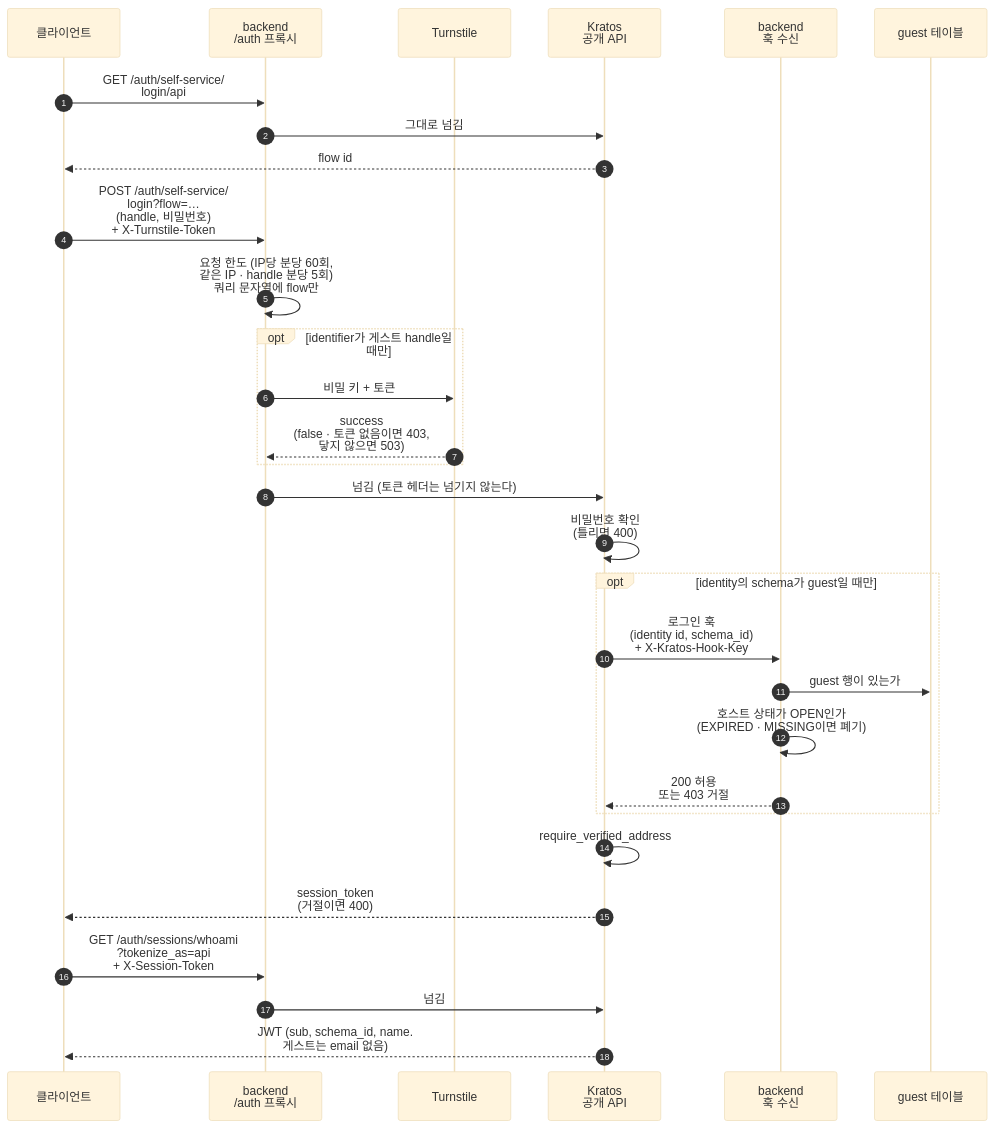
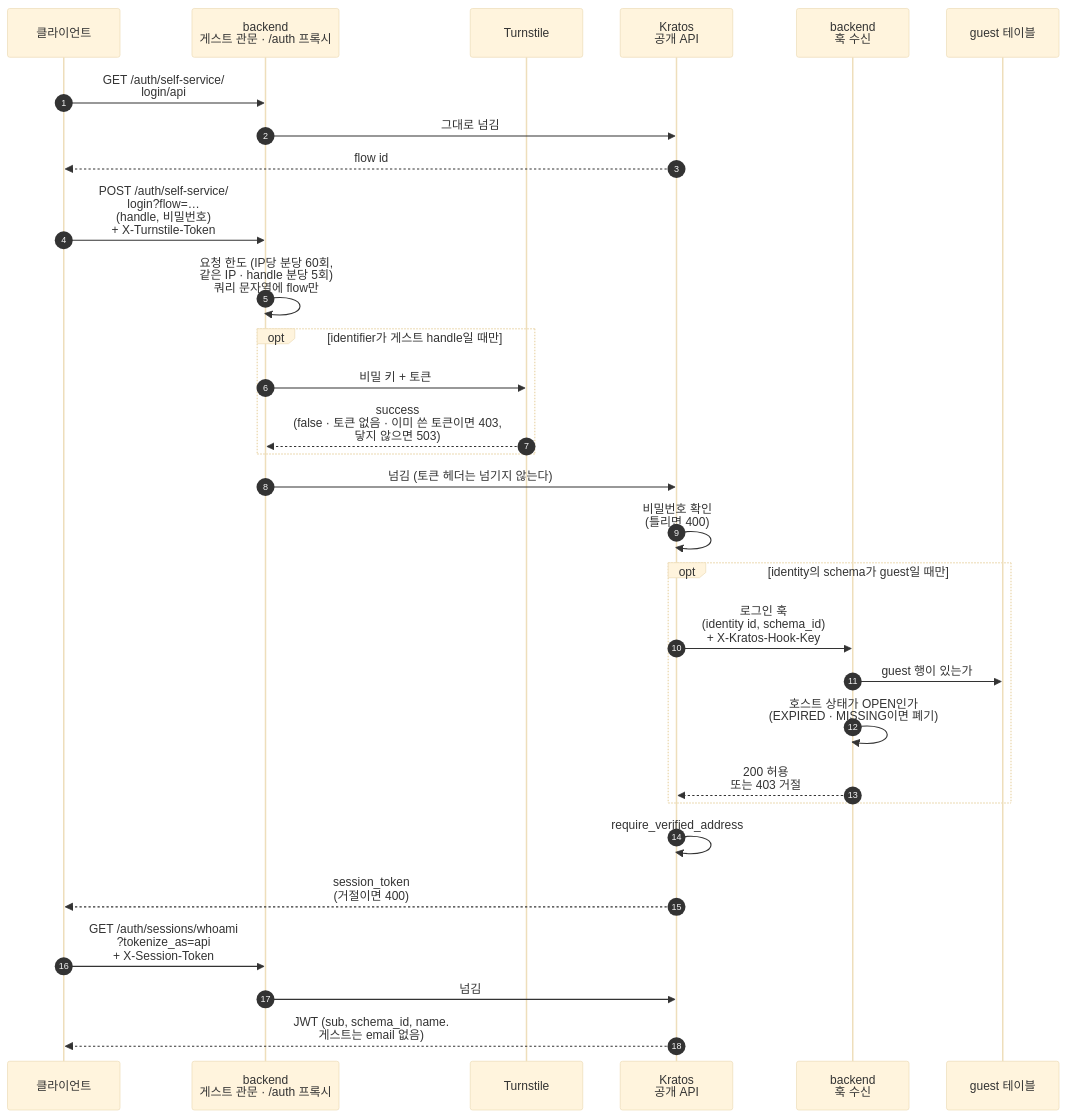
Before and after one commit to onprem-hipster-timer/backend: the third of 10 diagrams in docs/guides/guest.ko.md, drawn with Mermaid (base theme). The commit also changed other lines of this file and 13 other files, not shown here.

````diff
--- a/docs/guides/guest.ko.md
+++ b/docs/guides/guest.ko.md
@@ -166,35 +173,35 @@
 ```mermaid
 sequenceDiagram
     autonumber
     participant C as 클라이언트
-    participant P as backend<br/>/auth 프록시
+    participant P as backend<br/>게스트 관문 · /auth 프록시
     participant T as Turnstile
     participant K as Kratos<br/>공개 API
     participant H as backend<br/>훅 수신
     participant D as guest 테이블
 
     C->>P: GET /auth/self-service/<br/>login/api
     P->>K: 그대로 넘김
     K-->>C: flow id
 
     C->>P: POST /auth/self-service/<br/>login?flow=…<br/>(handle, 비밀번호)<br/>+ X-Turnstile-Token
     P->>P: 요청 한도 (IP당 분당 60회,<br/>같은 IP · handle 분당 5회)<br/>쿼리 문자열에 flow만
     opt identifier가 게스트 handle일 때만
         P->>T: 비밀 키 + 토큰
-        T-->>P: success<br/>(false · 토큰 없음이면 403,<br/>닿지 않으면 503)
+        T-->>P: success<br/>(false · 토큰 없음 · 이미 쓴 토큰이면 403,<br/>닿지 않으면 503)
     end
     P->>K: 넘김 (토큰 헤더는 넘기지 않는다)
     K->>K: 비밀번호 확인<br/>(틀리면 400)
     opt identity의 schema가 guest일 때만
         K->>H: 로그인 훅<br/>(identity id, schema_id)<br/>+ X-Kratos-Hook-Key
         H->>D: guest 행이 있는가
         H->>H: 호스트 상태가 OPEN인가<br/>(EXPIRED · MISSING이면 폐기)
         H-->>K: 200 허용<br/>또는 403 거절
     end
     K->>K: require_verified_address
     K-->>C: session_token<br/>(거절이면 400)
 
     C->>P: GET /auth/sessions/whoami<br/>?tokenize_as=api<br/>+ X-Session-Token
     P->>K: 넘김
     K-->>C: JWT (sub, schema_id, name.<br/>게스트는 email 없음)
 ```
````
